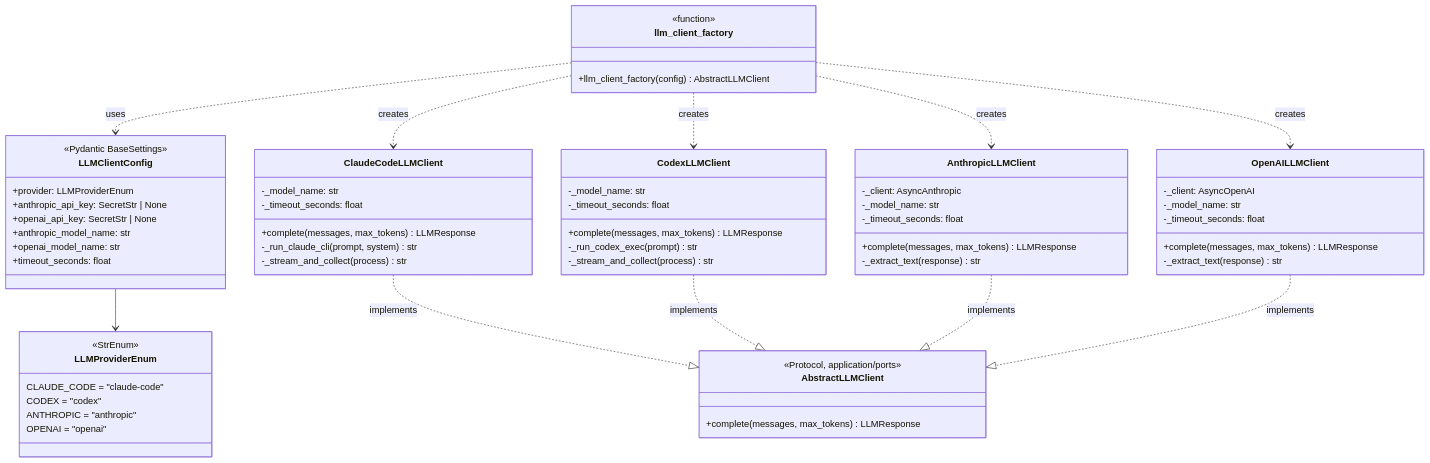
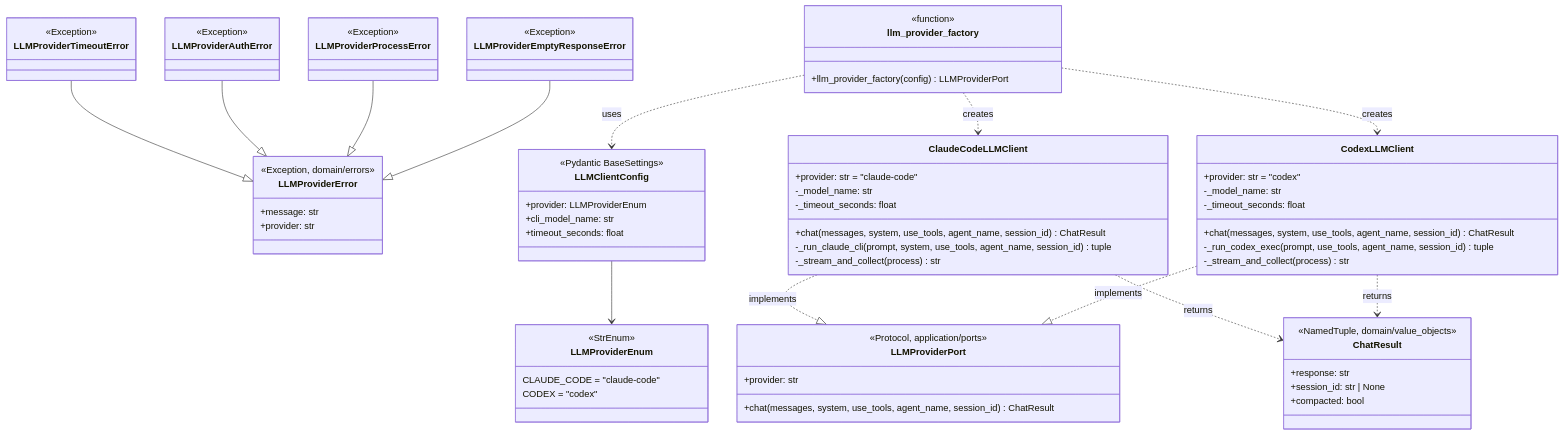
Before and after one commit to bakufu-dev/bakufu: the first of 2 diagrams in docs/features/llm-client/infrastructure/basic-design.md, drawn with Mermaid. The commit also changed other lines of this file and 4 other files, not shown here.

First line of the commit message:
docs(#123): llm-client infrastructure を LLMProviderPort 専用設計に全面更新

````diff
--- a/docs/features/llm-client/infrastructure/basic-design.md
+++ b/docs/features/llm-client/infrastructure/basic-design.md
@@ -132,73 +146,86 @@
 ```mermaid
 classDiagram
-    class AbstractLLMClient {
+    class LLMProviderPort {
         <<Protocol, application/ports>>
-        +complete(messages, max_tokens) LLMResponse
+        +provider: str
+        +chat(messages, system, use_tools, agent_name, session_id) ChatResult
     }
 
-    class AnthropicLLMClient {
-        -_client: AsyncAnthropic
+    class ChatResult {
+        <<NamedTuple, domain/value_objects>>
+        +response: str
+        +session_id: str | None
+        +compacted: bool
+    }
+
+    class LLMProviderError {
+        <<Exception, domain/errors>>
+        +message: str
+        +provider: str
+    }
+
+    class LLMProviderTimeoutError {
+        <<Exception>>
+    }
+
+    class LLMProviderAuthError {
+        <<Exception>>
+    }
+
+    class LLMProviderProcessError {
+        <<Exception>>
+    }
+
+    class LLMProviderEmptyResponseError {
+        <<Exception>>
+    }
+
+    class ClaudeCodeLLMClient {
+        +provider: str = "claude-code"
         -_model_name: str
         -_timeout_seconds: float
-        +complete(messages, max_tokens) LLMResponse
-        -_extract_text(response) str
+        +chat(messages, system, use_tools, agent_name, session_id) ChatResult
+        -_run_claude_cli(prompt, system, use_tools, agent_name, session_id) tuple
+        -_stream_and_collect(process) str
     }
 
-    class OpenAILLMClient {
-        -_client: AsyncOpenAI
+    class CodexLLMClient {
+        +provider: str = "codex"
         -_model_name: str
         -_timeout_seconds: float
-        +complete(messages, max_tokens) LLMResponse
-        -_extract_text(response) str
+        +chat(messages, system, use_tools, agent_name, session_id) ChatResult
+        -_run_codex_exec(prompt, use_tools, agent_name, session_id) tuple
+        -_stream_and_collect(process) str
     }
 
     class LLMClientConfig {
         <<Pydantic BaseSettings>>
         +provider: LLMProviderEnum
-        +anthropic_api_key: SecretStr | None
-        +openai_api_key: SecretStr | None
-        +anthropic_model_name: str
-        +openai_model_name: str
+        +cli_model_name: str
         +timeout_seconds: float
-    }
-
-    class ClaudeCodeLLMClient {
-        -_model_name: str
-        -_timeout_seconds: float
-        +complete(messages, max_tokens) LLMResponse
-        -_run_claude_cli(prompt, system) str
-        -_stream_and_collect(process) str
-    }
-
-    class CodexLLMClient {
-        -_model_name: str
-        -_timeout_seconds: float
-        +complete(messages, max_tokens) LLMResponse
-        -_run_codex_exec(prompt) str
-        -_stream_and_collect(process) str
     }
 
     class LLMProviderEnum {
         <<StrEnum>>
         CLAUDE_CODE = "claude-code"
         CODEX = "codex"
-        ANTHROPIC = "anthropic"
-        OPENAI = "openai"
     }
 
-    class llm_client_factory {
+    class llm_provider_factory {
         <<function>>
-        +llm_client_factory(config) AbstractLLMClient
+        +llm_provider_factory(config) LLMProviderPort
     }
 
-    ClaudeCodeLLMClient ..|> AbstractLLMClient : implements
-    CodexLLMClient ..|> AbstractLLMClient : implements
-    AnthropicLLMClient ..|> AbstractLLMClient : implements
-    OpenAILLMClient ..|> AbstractLLMClient : implements
+    ClaudeCodeLLMClient ..|> LLMProviderPort : implements
+    CodexLLMClient ..|> LLMProviderPort : implements
+    ClaudeCodeLLMClient ..> ChatResult : returns
+    CodexLLMClient ..> ChatResult : returns
+    LLMProviderTimeoutError --|> LLMProviderError
+    LLMProviderAuthError --|> LLMProviderError
+    LLMProviderProcessError --|> LLMProviderError
+    LLMProviderEmptyResponseError --|> LLMProviderError
     LLMClientConfig --> LLMProviderEnum
-    llm_client_factory ..> LLMClientConfig : uses
-    llm_client_factory ..> ClaudeCodeLLMClient : creates
-    llm_client_factory ..> CodexLLMClient : creates
-    llm_client_factory ..> AnthropicLLMClient : creates
-    llm_client_factory ..> OpenAILLMClient : creates
+    llm_provider_factory ..> LLMClientConfig : uses
+    llm_provider_factory ..> ClaudeCodeLLMClient : creates
+    llm_provider_factory ..> CodexLLMClient : creates
 ```
````
